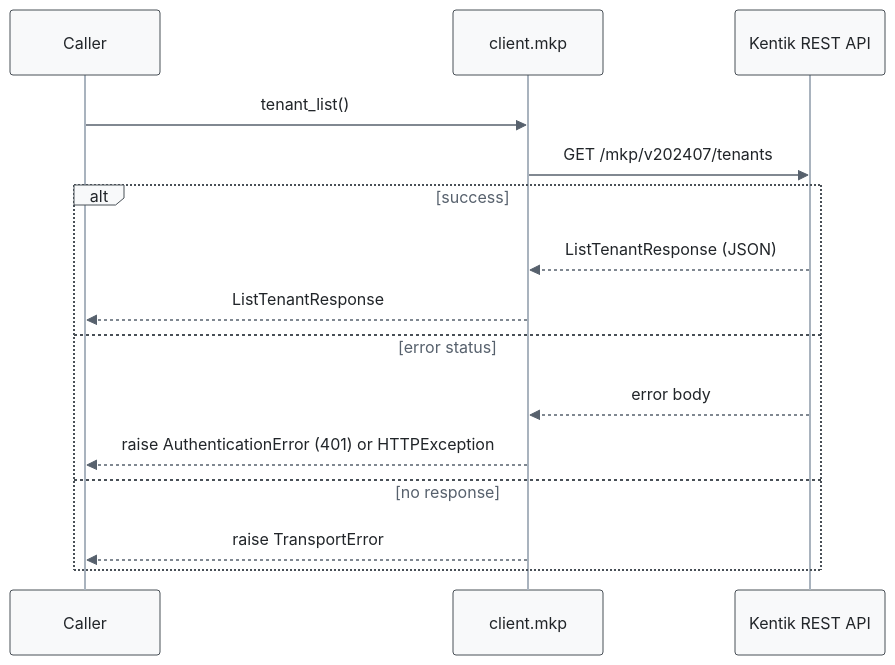
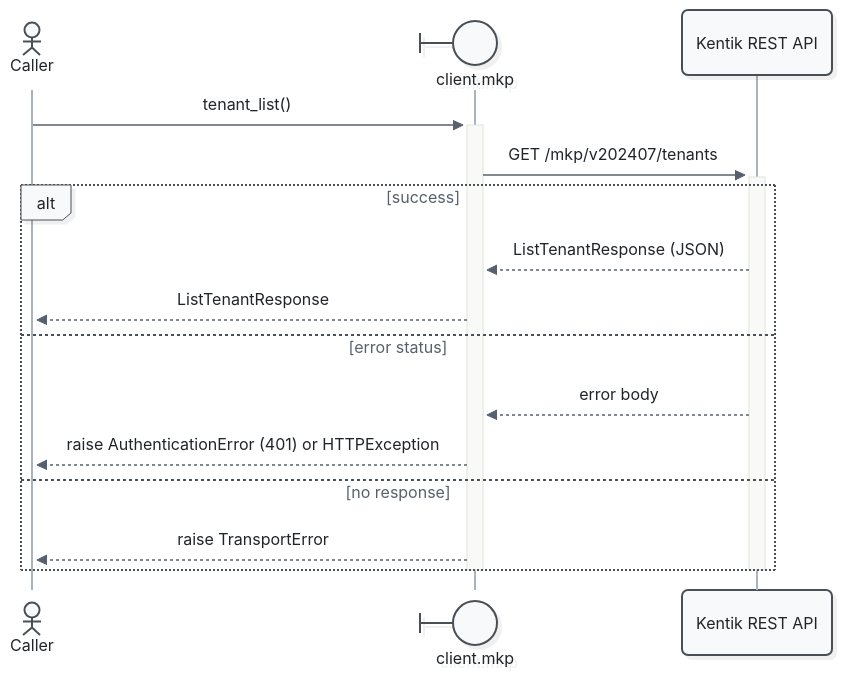
Diagram 11 of 29 in docs/sphinx/services/mkp.md (alexdearaujo/community_sdk_python), drawn with Mermaid before and after one commit. The commit also changed other lines of this file and 52 other files, not shown here.

First line of the commit message:
docs: Mermaid 12 sequence diagrams with participant types and path colors

````diff
--- a/docs/sphinx/services/mkp.md
+++ b/docs/sphinx/services/mkp.md
@@ -421,19 +446,21 @@
 ```mermaid
-%%{init: {"theme": "base", "fontFamily": "ui-monospace, SFMono-Regular, Menlo, monospace", "themeVariables": {"fontFamily": "ui-monospace, SFMono-Regular, Menlo, monospace", "primaryColor": "#f8f9fa", "primaryBorderColor": "#495057", "primaryTextColor": "#212529", "textColor": "#212529", "lineColor": "#77818c", "edgeLabelBackground": "#ffffff", "actorBkg": "#f8f9fa", "actorBorder": "#495057", "actorTextColor": "#212529", "actorLineColor": "#a9b3be", "signalColor": "#57616d", "signalTextColor": "#212529", "labelBoxBkgColor": "#f8f9fa", "labelBoxBorderColor": "#495057", "labelTextColor": "#212529", "loopTextColor": "#57616d", "noteBkgColor": "#fff9db", "noteBorderColor": "#f08c00", "noteTextColor": "#a35a00"}, "flowchart": {"curve": "step", "nodeSpacing": 30, "rankSpacing": 70, "wrappingWidth": 400}}}%%
+%%{init: {"theme": "redux", "look": "neo", "layout": "dagre", "fontFamily": "ui-monospace, SFMono-Regular, Menlo, monospace", "themeVariables": {"fontFamily": "ui-monospace, SFMono-Regular, Menlo, monospace", "primaryColor": "#f8f9fa", "primaryBorderColor": "#495057", "primaryTextColor": "#212529", "textColor": "#212529", "lineColor": "#77818c", "edgeLabelBackground": "#ffffff", "actorBkg": "#f8f9fa", "actorBorder": "#495057", "actorTextColor": "#212529", "actorLineColor": "#a9b3be", "signalColor": "#57616d", "signalTextColor": "#212529", "labelBoxBkgColor": "#f8f9fa", "labelBoxBorderColor": "#495057", "labelTextColor": "#212529", "loopTextColor": "#57616d", "noteBkgColor": "#fff9db", "noteBorderColor": "#f08c00", "noteTextColor": "#a35a00"}, "sequence": {"activationWidth": 16}, "flowchart": {"curve": "step", "nodeSpacing": 30, "rankSpacing": 70, "wrappingWidth": 400}}}%%
 sequenceDiagram
-    participant C as Caller
-    participant W as client.mkp
+    actor C as Caller
+    participant W@{ "type": "boundary" } as client.mkp
     participant API as Kentik REST API
 
-    C->>W: tenant_list()
-    W->>API: GET /mkp/v202407/tenants
+    C->>+W: tenant_list()
+    W->>+API: GET /mkp/v202407/tenants
     alt success
         API-->>W: ListTenantResponse (JSON)
         W-->>C: ListTenantResponse
     else error status
         API-->>W: error body
         W-->>C: raise AuthenticationError (401) or HTTPException
     else no response
         W-->>C: raise TransportError
     end
+    deactivate API
+    deactivate W
 ```
````
